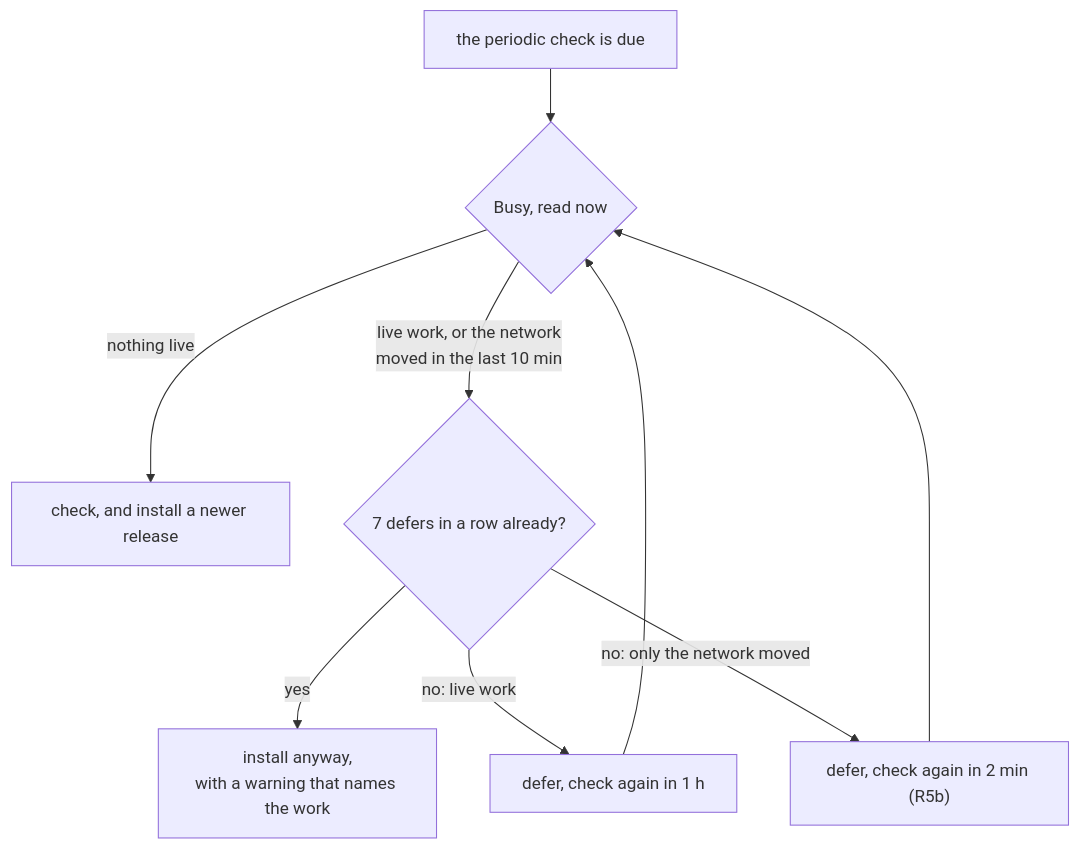
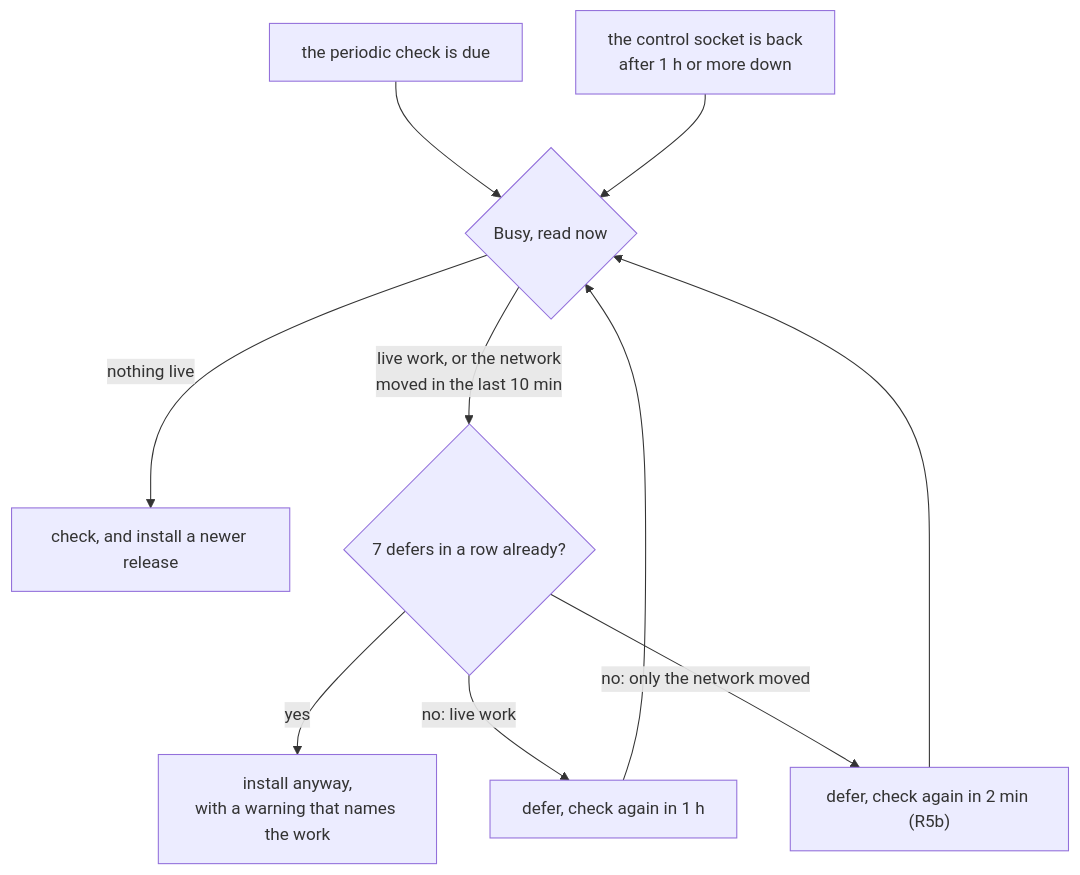
One commit to gjovanov/roomler-ai changed diagram 28 of 30 in docs/installation.md. Above: the diagram before and after it, drawn with Mermaid. The commit also changed other lines of this file and 6 other files, not shown here.

First line of the commit message:
docs: the recheck after a long control-socket outage waits for live work, and the anchors it moved (Refs #4245)

````diff
--- a/docs/installation.md
+++ b/docs/installation.md
@@ -3724,11 +3725,12 @@
 ```mermaid
 flowchart TD
     C["the periodic check is due"] --> B{"Busy, read now"}
+    O["the control socket is back<br/>after 1 h or more down"] --> B
     B -- "nothing live" --> I["check, and install a newer release"]
     B -- "live work, or the network<br/>moved in the last 10 min" --> D{"7 defers in a row already?"}
     D -- yes --> F["install anyway,<br/>with a warning that names the work"]
     D -- "no: live work" --> H["defer, check again in 1 h"]
     D -- "no: only the network moved" --> M["defer, check again in 2 min (R5b)"]
     H --> B
     M --> B
 ```
````
